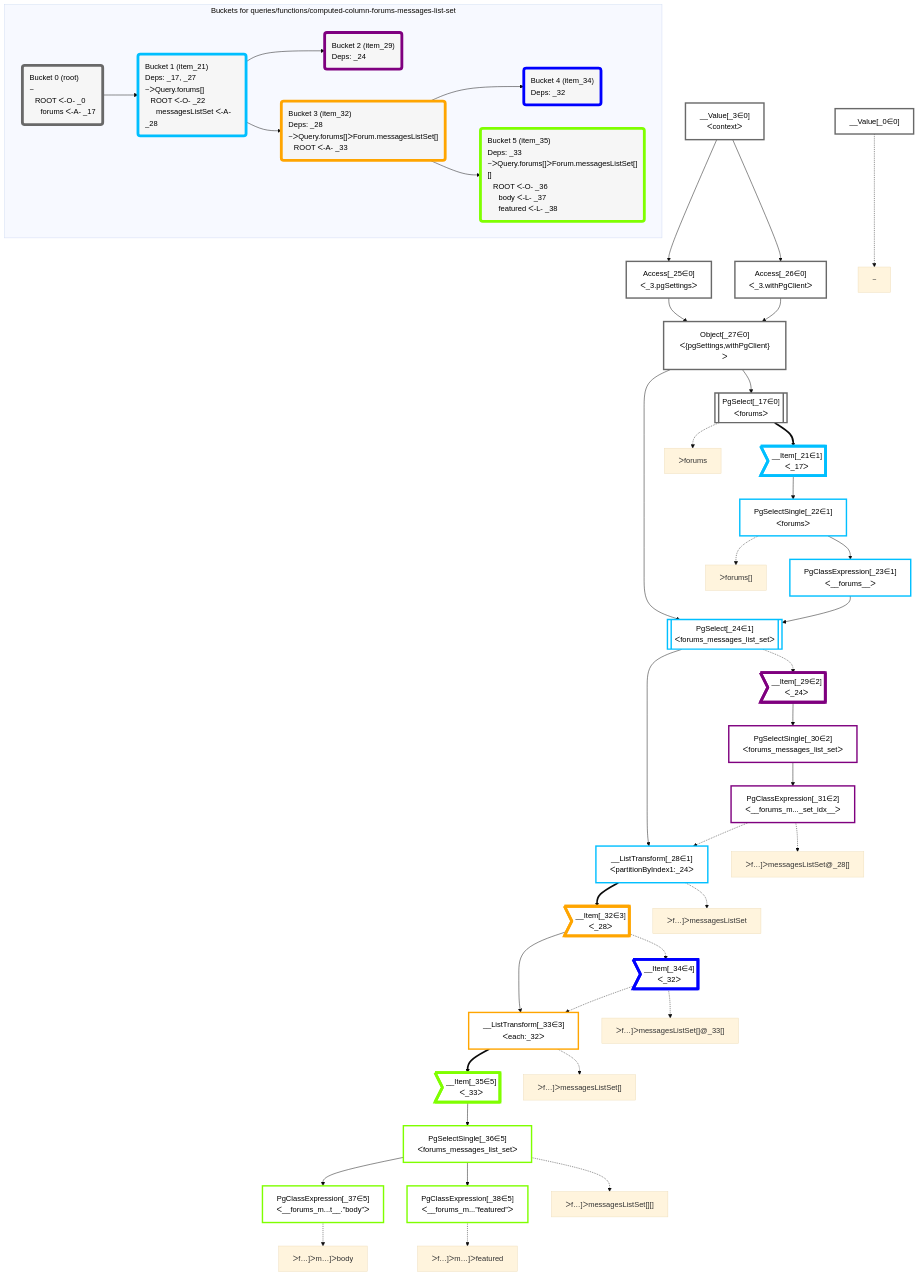
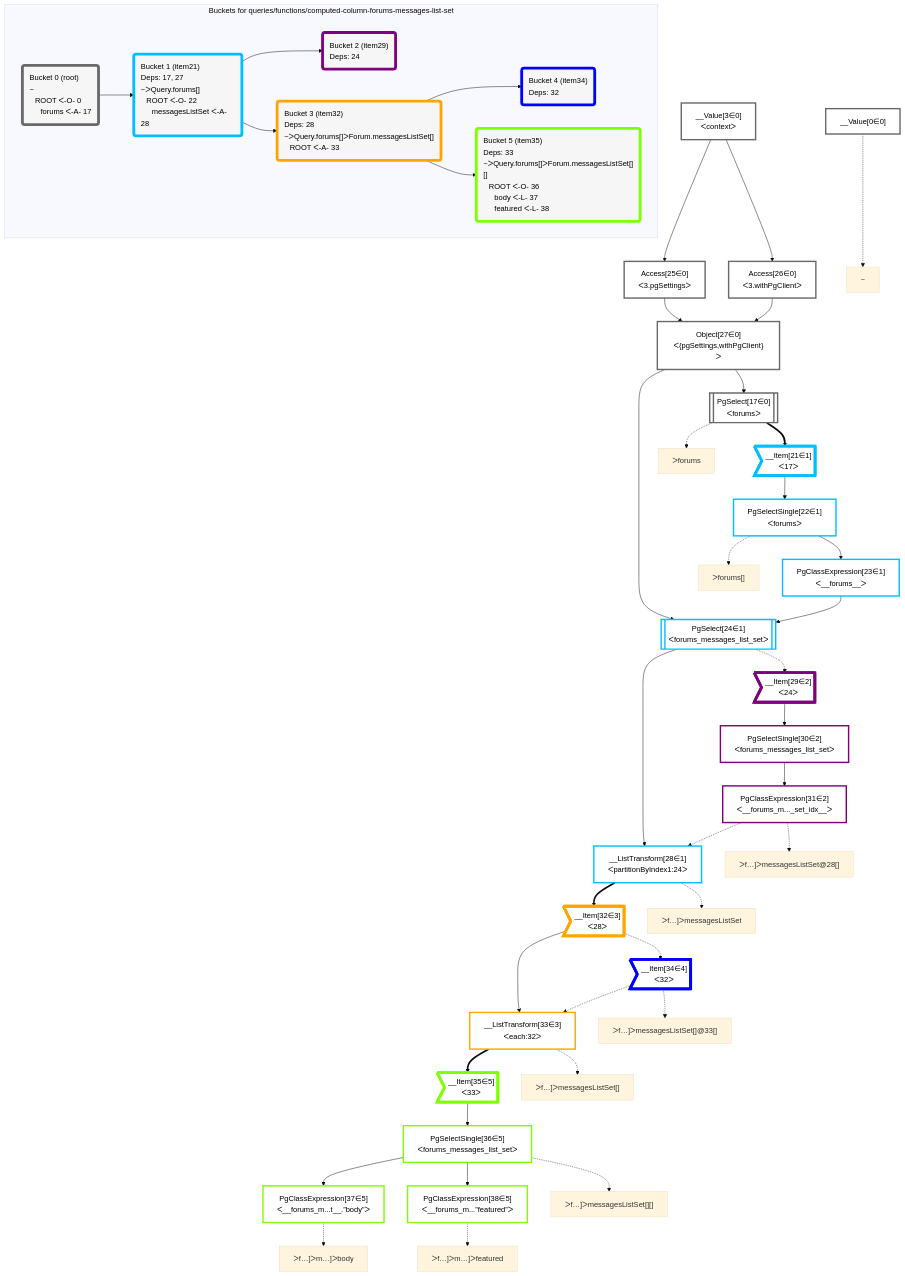
One commit to graphile/crystal changed the diagram in packages/dataplan-pg/__tests__/queries/functions/computed-column-forums-messages-list-set.deopt.mermaid.md. Above: the diagram before and after it, drawn with Mermaid (base theme). The commit also changed 195 other files, not shown here.

```diff
--- a/packages/dataplan-pg/__tests__/queries/functions/computed-column-forums-messages-list-set.deopt.mermaid.md
+++ b/packages/dataplan-pg/__tests__/queries/functions/computed-column-forums-messages-list-set.deopt.mermaid.md
@@ -8,92 +8,92 @@
 
 
     %% define plans
-    __Value_0["__Value[_0∈0]"]:::plan
-    PgClassExpression_37["PgClassExpression[_37∈5]<br />ᐸ__forums_m...t__.”body”ᐳ"]:::plan
-    PgClassExpression_38["PgClassExpression[_38∈5]<br />ᐸ__forums_m...”featured”ᐳ"]:::plan
-    PgSelectSingle_36["PgSelectSingle[_36∈5]<br />ᐸforums_messages_list_setᐳ"]:::plan
-    __Item_35>"__Item[_35∈5]<br />ᐸ_33ᐳ"]:::itemplan
-    __ListTransform_33["__ListTransform[_33∈3]<br />ᐸeach:_32ᐳ"]:::plan
-    __Item_34>"__Item[_34∈4]<br />ᐸ_32ᐳ"]:::itemplan
-    __Item_32>"__Item[_32∈3]<br />ᐸ_28ᐳ"]:::itemplan
-    __ListTransform_28["__ListTransform[_28∈1]<br />ᐸpartitionByIndex1:_24ᐳ"]:::plan
-    PgClassExpression_31["PgClassExpression[_31∈2]<br />ᐸ__forums_m..._set_idx__ᐳ"]:::plan
-    PgSelectSingle_30["PgSelectSingle[_30∈2]<br />ᐸforums_messages_list_setᐳ"]:::plan
-    __Item_29>"__Item[_29∈2]<br />ᐸ_24ᐳ"]:::itemplan
-    PgSelect_24[["PgSelect[_24∈1]<br />ᐸforums_messages_list_setᐳ"]]:::plan
-    PgClassExpression_23["PgClassExpression[_23∈1]<br />ᐸ__forums__ᐳ"]:::plan
-    PgSelectSingle_22["PgSelectSingle[_22∈1]<br />ᐸforumsᐳ"]:::plan
-    __Item_21>"__Item[_21∈1]<br />ᐸ_17ᐳ"]:::itemplan
-    PgSelect_17[["PgSelect[_17∈0]<br />ᐸforumsᐳ"]]:::plan
-    Object_27["Object[_27∈0]<br />ᐸ{pgSettings,withPgClient}ᐳ"]:::plan
-    Access_25["Access[_25∈0]<br />ᐸ_3.pgSettingsᐳ"]:::plan
-    Access_26["Access[_26∈0]<br />ᐸ_3.withPgClientᐳ"]:::plan
-    __Value_3["__Value[_3∈0]<br />ᐸcontextᐳ"]:::plan
+    __Value0["__Value[0∈0]"]:::plan
+    PgClassExpression37["PgClassExpression[37∈5]<br />ᐸ__forums_m...t__.”body”ᐳ"]:::plan
+    PgClassExpression38["PgClassExpression[38∈5]<br />ᐸ__forums_m...”featured”ᐳ"]:::plan
+    PgSelectSingle36["PgSelectSingle[36∈5]<br />ᐸforums_messages_list_setᐳ"]:::plan
+    __Item35>"__Item[35∈5]<br />ᐸ33ᐳ"]:::itemplan
+    __ListTransform33["__ListTransform[33∈3]<br />ᐸeach:32ᐳ"]:::plan
+    __Item34>"__Item[34∈4]<br />ᐸ32ᐳ"]:::itemplan
+    __Item32>"__Item[32∈3]<br />ᐸ28ᐳ"]:::itemplan
+    __ListTransform28["__ListTransform[28∈1]<br />ᐸpartitionByIndex1:24ᐳ"]:::plan
+    PgClassExpression31["PgClassExpression[31∈2]<br />ᐸ__forums_m..._set_idx__ᐳ"]:::plan
+    PgSelectSingle30["PgSelectSingle[30∈2]<br />ᐸforums_messages_list_setᐳ"]:::plan
+    __Item29>"__Item[29∈2]<br />ᐸ24ᐳ"]:::itemplan
+    PgSelect24[["PgSelect[24∈1]<br />ᐸforums_messages_list_setᐳ"]]:::plan
+    PgClassExpression23["PgClassExpression[23∈1]<br />ᐸ__forums__ᐳ"]:::plan
+    PgSelectSingle22["PgSelectSingle[22∈1]<br />ᐸforumsᐳ"]:::plan
+    __Item21>"__Item[21∈1]<br />ᐸ17ᐳ"]:::itemplan
+    PgSelect17[["PgSelect[17∈0]<br />ᐸforumsᐳ"]]:::plan
+    Object27["Object[27∈0]<br />ᐸ{pgSettings,withPgClient}ᐳ"]:::plan
+    Access25["Access[25∈0]<br />ᐸ3.pgSettingsᐳ"]:::plan
+    Access26["Access[26∈0]<br />ᐸ3.withPgClientᐳ"]:::plan
+    __Value3["__Value[3∈0]<br />ᐸcontextᐳ"]:::plan
 
     %% plan dependencies
-    PgSelectSingle_36 --> PgClassExpression_37
-    PgSelectSingle_36 --> PgClassExpression_38
-    __Item_35 --> PgSelectSingle_36
-    __ListTransform_33 ==> __Item_35
-    __Item_32 --> __ListTransform_33
-    __Item_34 -.-> __ListTransform_33
-    __Item_32 -.-> __Item_34
-    __ListTransform_28 ==> __Item_32
-    PgSelect_24 --> __ListTransform_28
-    PgClassExpression_31 -.-> __ListTransform_28
-    PgSelectSingle_30 --> PgClassExpression_31
-    __Item_29 --> PgSelectSingle_30
-    PgSelect_24 -.-> __Item_29
-    Object_27 & PgClassExpression_23 --> PgSelect_24
-    PgSelectSingle_22 --> PgClassExpression_23
-    __Item_21 --> PgSelectSingle_22
-    PgSelect_17 ==> __Item_21
-    Object_27 --> PgSelect_17
-    Access_25 & Access_26 --> Object_27
-    __Value_3 --> Access_25
-    __Value_3 --> Access_26
+    PgSelectSingle36 --> PgClassExpression37
+    PgSelectSingle36 --> PgClassExpression38
+    __Item35 --> PgSelectSingle36
+    __ListTransform33 ==> __Item35
+    __Item32 --> __ListTransform33
+    __Item34 -.-> __ListTransform33
+    __Item32 -.-> __Item34
+    __ListTransform28 ==> __Item32
+    PgSelect24 --> __ListTransform28
+    PgClassExpression31 -.-> __ListTransform28
+    PgSelectSingle30 --> PgClassExpression31
+    __Item29 --> PgSelectSingle30
+    PgSelect24 -.-> __Item29
+    Object27 & PgClassExpression23 --> PgSelect24
+    PgSelectSingle22 --> PgClassExpression23
+    __Item21 --> PgSelectSingle22
+    PgSelect17 ==> __Item21
+    Object27 --> PgSelect17
+    Access25 & Access26 --> Object27
+    __Value3 --> Access25
+    __Value3 --> Access26
 
     %% plan-to-path relationships
-    P_0["~"]
-    __Value_0 -.-> P_0
-    P_17["ᐳforums"]
-    PgSelect_17 -.-> P_17
-    P_22["ᐳforums[]"]
-    PgSelectSingle_22 -.-> P_22
-    P_28["ᐳf…]ᐳmessagesListSet"]
-    __ListTransform_28 -.-> P_28
-    P_31["ᐳf…]ᐳmessagesListSet@_28[]"]
-    PgClassExpression_31 -.-> P_31
-    P_33["ᐳf…]ᐳmessagesListSet[]"]
-    __ListTransform_33 -.-> P_33
-    P_34["ᐳf…]ᐳmessagesListSet[]@_33[]"]
-    __Item_34 -.-> P_34
-    P_36["ᐳf…]ᐳmessagesListSet[][]"]
-    PgSelectSingle_36 -.-> P_36
-    P_37["ᐳf…]ᐳm…]ᐳbody"]
-    PgClassExpression_37 -.-> P_37
-    P_38["ᐳf…]ᐳm…]ᐳfeatured"]
-    PgClassExpression_38 -.-> P_38
+    P0["~"]
+    __Value0 -.-> P0
+    P17["ᐳforums"]
+    PgSelect17 -.-> P17
+    P22["ᐳforums[]"]
+    PgSelectSingle22 -.-> P22
+    P28["ᐳf…]ᐳmessagesListSet"]
+    __ListTransform28 -.-> P28
+    P31["ᐳf…]ᐳmessagesListSet@28[]"]
+    PgClassExpression31 -.-> P31
+    P33["ᐳf…]ᐳmessagesListSet[]"]
+    __ListTransform33 -.-> P33
+    P34["ᐳf…]ᐳmessagesListSet[]@33[]"]
+    __Item34 -.-> P34
+    P36["ᐳf…]ᐳmessagesListSet[][]"]
+    PgSelectSingle36 -.-> P36
+    P37["ᐳf…]ᐳm…]ᐳbody"]
+    PgClassExpression37 -.-> P37
+    P38["ᐳf…]ᐳm…]ᐳfeatured"]
+    PgClassExpression38 -.-> P38
 
     subgraph "Buckets for queries/functions/computed-column-forums-messages-list-set"
-    Bucket0("Bucket 0 (root)<br />~<br />⠀ROOT ᐸ-O- _0<br />⠀⠀forums ᐸ-A- _17"):::bucket
+    Bucket0("Bucket 0 (root)<br />~<br />⠀ROOT ᐸ-O- 0<br />⠀⠀forums ᐸ-A- 17"):::bucket
     classDef bucket0 stroke:#696969
-    class Bucket0,__Value_0,__Value_3,PgSelect_17,Access_25,Access_26,Object_27 bucket0
-    Bucket1("Bucket 1 (item_21)<br />Deps: _17, _27<br />~ᐳQuery.forums[]<br />⠀ROOT ᐸ-O- _22<br />⠀⠀messagesListSet ᐸ-A- _28"):::bucket
+    class Bucket0,__Value0,__Value3,PgSelect17,Access25,Access26,Object27 bucket0
+    Bucket1("Bucket 1 (item21)<br />Deps: 17, 27<br />~ᐳQuery.forums[]<br />⠀ROOT ᐸ-O- 22<br />⠀⠀messagesListSet ᐸ-A- 28"):::bucket
     classDef bucket1 stroke:#00bfff
-    class Bucket1,__Item_21,PgSelectSingle_22,PgClassExpression_23,PgSelect_24,__ListTransform_28 bucket1
-    Bucket2("Bucket 2 (item_29)<br />Deps: _24"):::bucket
+    class Bucket1,__Item21,PgSelectSingle22,PgClassExpression23,PgSelect24,__ListTransform28 bucket1
+    Bucket2("Bucket 2 (item29)<br />Deps: 24"):::bucket
     classDef bucket2 stroke:#7f007f
-    class Bucket2,__Item_29,PgSelectSingle_30,PgClassExpression_31 bucket2
-    Bucket3("Bucket 3 (item_32)<br />Deps: _28<br />~ᐳQuery.forums[]ᐳForum.messagesListSet[]<br />⠀ROOT ᐸ-A- _33"):::bucket
+    class Bucket2,__Item29,PgSelectSingle30,PgClassExpression31 bucket2
+    Bucket3("Bucket 3 (item32)<br />Deps: 28<br />~ᐳQuery.forums[]ᐳForum.messagesListSet[]<br />⠀ROOT ᐸ-A- 33"):::bucket
     classDef bucket3 stroke:#ffa500
-    class Bucket3,__Item_32,__ListTransform_33 bucket3
-    Bucket4("Bucket 4 (item_34)<br />Deps: _32"):::bucket
+    class Bucket3,__Item32,__ListTransform33 bucket3
+    Bucket4("Bucket 4 (item34)<br />Deps: 32"):::bucket
     classDef bucket4 stroke:#0000ff
-    class Bucket4,__Item_34 bucket4
-    Bucket5("Bucket 5 (item_35)<br />Deps: _33<br />~ᐳQuery.forums[]ᐳForum.messagesListSet[][]<br />⠀ROOT ᐸ-O- _36<br />⠀⠀body ᐸ-L- _37<br />⠀⠀featured ᐸ-L- _38"):::bucket
+    class Bucket4,__Item34 bucket4
+    Bucket5("Bucket 5 (item35)<br />Deps: 33<br />~ᐳQuery.forums[]ᐳForum.messagesListSet[][]<br />⠀ROOT ᐸ-O- 36<br />⠀⠀body ᐸ-L- 37<br />⠀⠀featured ᐸ-L- 38"):::bucket
     classDef bucket5 stroke:#7fff00
-    class Bucket5,__Item_35,PgSelectSingle_36,PgClassExpression_37,PgClassExpression_38 bucket5
+    class Bucket5,__Item35,PgSelectSingle36,PgClassExpression37,PgClassExpression38 bucket5
     Bucket0 --> Bucket1
     Bucket1 --> Bucket2 & Bucket3
     Bucket3 --> Bucket4 & Bucket5
```
